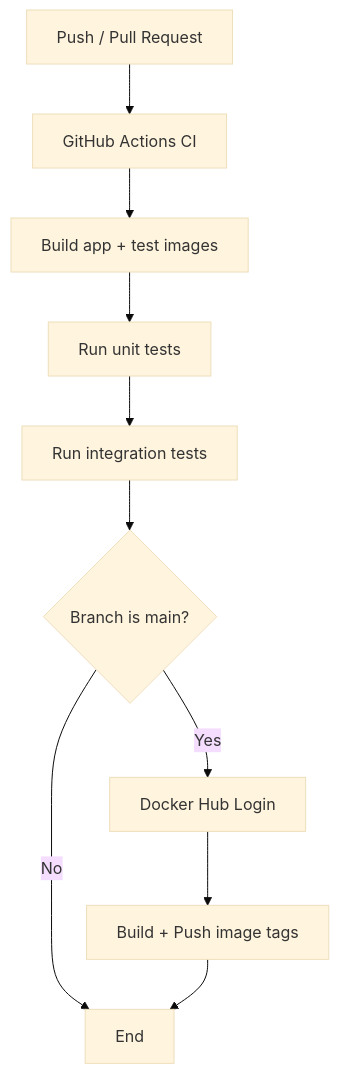
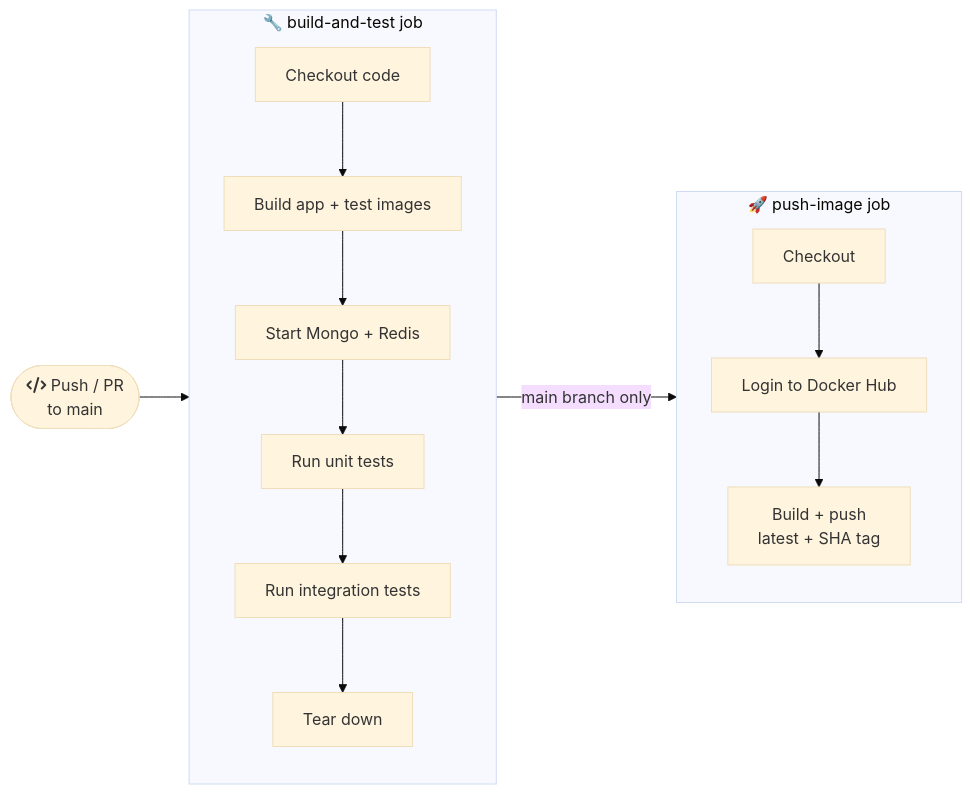
One commit to ramalokeshreddyp/RateGuard changed the fourth of 4 diagrams in README.md. Above: the diagram before and after it, drawn with Mermaid (base theme). The commit also changed other lines of this file and 9 other files, not shown here.

Commit message:
fix: docker-compose env vars, idempotent seeding, expanded tests (27), full docs overhaul

````diff
--- a/README.md
+++ b/README.md
@@ -113,12 +127,21 @@
 ```mermaid
-flowchart TD
-    P[Push / Pull Request] --> C[GitHub Actions CI]
-    C --> B[Build app + test images]
-    B --> T[Run unit tests]
-    T --> I[Run integration tests]
-    I --> D{Branch is main?}
-    D -->|No| E[End]
-    D -->|Yes| L[Docker Hub Login]
-    L --> X[Build + Push image tags]
-    X --> E
+flowchart LR
+    P([fa:fa-code Push / PR\nto main]) --> A
+
+    subgraph A["🔧 build-and-test job"]
+        direction TB
+        B1[Checkout code] --> B2[Build app + test images]
+        B2 --> B3[Start Mongo + Redis]
+        B3 --> B4[Run unit tests]
+        B4 --> B5[Run integration tests]
+        B5 --> B6[Tear down]
+    end
+
+    A -->|main branch only| C
+
+    subgraph C["🚀 push-image job"]
+        direction TB
+        C1[Checkout] --> C2[Login to Docker Hub]
+        C2 --> C3[Build + push\nlatest + SHA tag]
+    end
 ```
````
